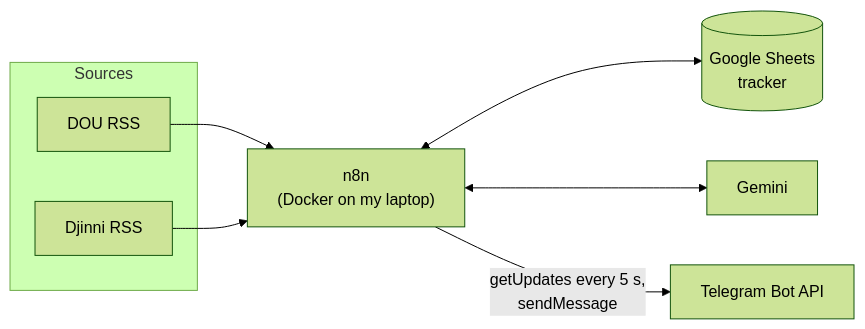
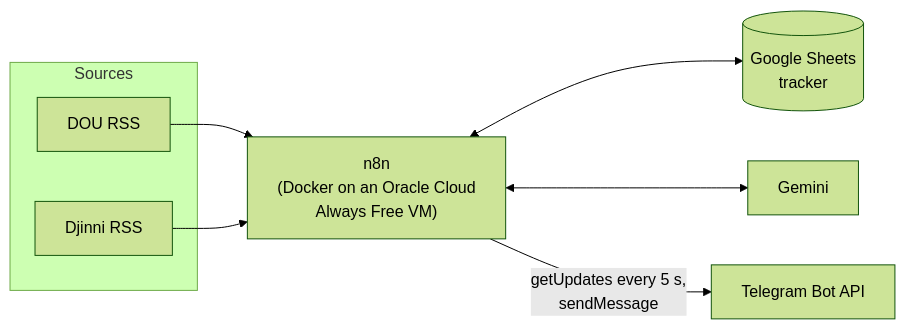
Before and after one commit to misaroshm/job-search-automation-n8n: the diagram in README.md, drawn with Mermaid (forest theme). The commit also changed other lines of this file, not shown here.

Commit message:
README: runs 24/7 on an Oracle Cloud Always Free server

````diff
--- a/README.md
+++ b/README.md
@@ -34,17 +34,17 @@
 ```mermaid
 flowchart LR
     subgraph Sources
         DOU[DOU RSS]
         DJ[Djinni RSS]
     end
-    N8N["n8n<br/>(Docker on my laptop)"]
+    N8N["n8n<br/>(Docker on an Oracle Cloud<br/>Always Free VM)"]
     TG[Telegram Bot API]
     GS[(Google Sheets<br/>tracker)]
     AI[Gemini]
 
     DOU --> N8N
     DJ --> N8N
     N8N <--> GS
     N8N <--> AI
     N8N -- "getUpdates every 5 s,<br/>sendMessage" --> TG
 ```
````
